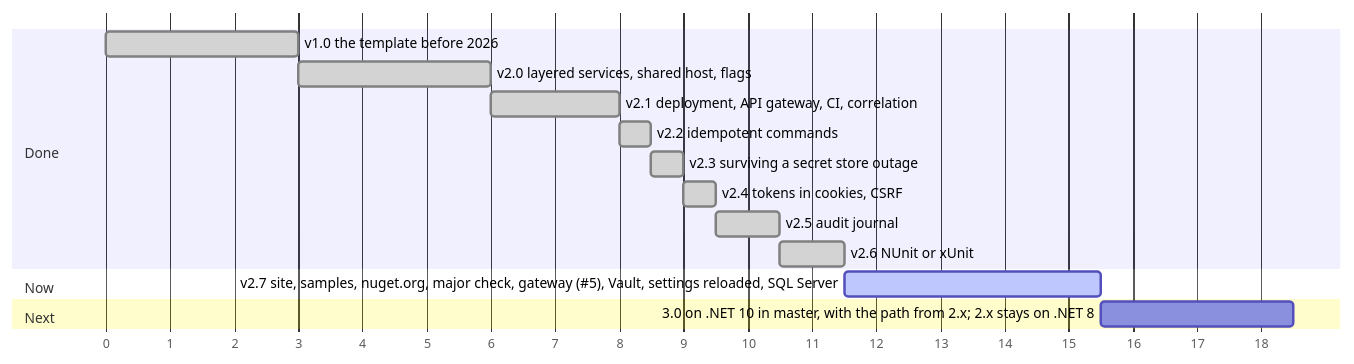
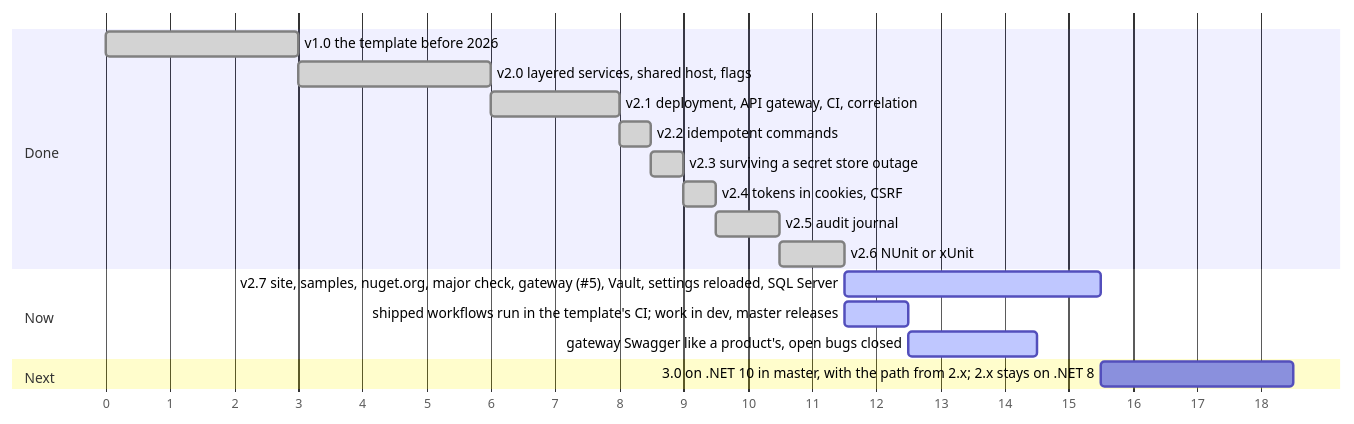
Before and after one commit to Vovanda/DotNetSolutionKit: the diagram in docs/roadmap.md, drawn with Mermaid. The commit also changed other lines of this file and 1 other file, not shown here.

Commit message:
docs: the roadmap shows the work in dev and 3.0 the week after

````diff
--- a/docs/roadmap.md
+++ b/docs/roadmap.md
@@ -5,22 +5,24 @@
 ```mermaid
 gantt
     dateFormat X
     axisFormat %s
     tickInterval 1second
 
     section Done
     v1.0 the template before 2026                         :done, s1, 0, 3000ms
     v2.0 layered services, shared host, flags             :done, s2, after s1, 3000ms
     v2.1 deployment, API gateway, CI, correlation         :done, s3, after s2, 2000ms
     v2.2 idempotent commands                              :done, s4, after s3, 500ms
     v2.3 surviving a secret store outage                  :done, s5, after s4, 500ms
     v2.4 tokens in cookies, CSRF                          :done, s6, after s5, 500ms
     v2.5 audit journal                                    :done, s7, after s6, 1000ms
     v2.6 NUnit or xUnit                                   :done, s8, after s7, 1000ms
 
     section Now
     v2.7 site, samples, nuget.org, major check, gateway (#5), Vault, settings reloaded, SQL Server :active, s9, after s8, 4000ms
+    shipped workflows run in the template's CI; work in dev, master releases :active, s10, after s8, 1000ms
+    gateway Swagger like a product's, open bugs closed :active, s11, after s10, 2000ms
 
     section Next
     3.0 on .NET 10 in master, with the path from 2.x; 2.x stays on .NET 8 :s15, after s9, 3000ms
 ```
````
